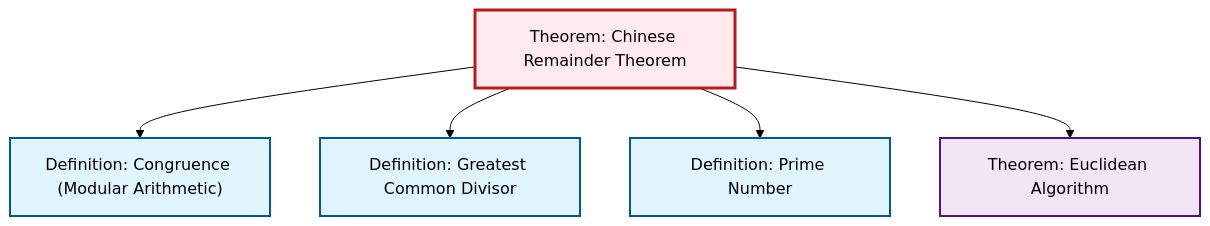
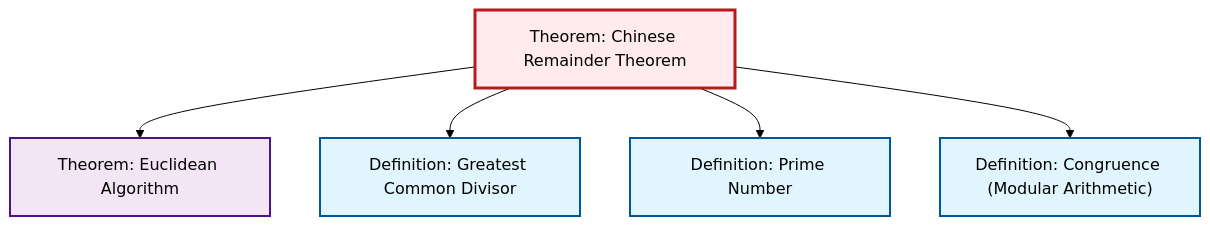
The diagram in content/en/number-theory/thm-chinese-remainder.qmd (RK0429/ModernMath), drawn with Mermaid (forest theme) before and after one commit. The commit also changed other lines of this file and 360 other files, not shown here.

````diff
--- a/content/en/number-theory/thm-chinese-remainder.qmd
+++ b/content/en/number-theory/thm-chinese-remainder.qmd
@@ -87,23 +87,23 @@
 ```{mermaid}
 %%| fig-cap: "Local dependency graph"
 graph TD
     classDef definition fill:#e1f5fe,stroke:#01579b,stroke-width:2px
     classDef theorem fill:#f3e5f5,stroke:#4a148c,stroke-width:2px
     classDef axiom fill:#fff3e0,stroke:#e65100,stroke-width:2px
     classDef example fill:#e8f5e9,stroke:#1b5e20,stroke-width:2px
     classDef current fill:#ffebee,stroke:#b71c1c,stroke-width:3px
+    thm-chinese-remainder["Theorem: Chinese Remainder Theorem"]:::theorem
+    def-prime["Definition: Prime Number"]:::definition
+    def-congruence["Definition: Congruence (Modular Arithmetic)"]:::definition
+    thm-euclidean-algorithm["Theorem: Euclidean Algorithm"]:::theorem
     def-gcd["Definition: Greatest Common Divisor"]:::definition
-    thm-euclidean-algorithm["Theorem: Euclidean Algorithm"]:::theorem
-    def-prime["Definition: Prime Number"]:::definition
-    thm-chinese-remainder["Theorem: Chinese Remainder Theorem"]:::theorem
-    def-congruence["Definition: Congruence (Modular Arithmetic)"]:::definition
-    thm-chinese-remainder --> def-congruence
+    thm-chinese-remainder --> thm-euclidean-algorithm
     thm-chinese-remainder --> def-gcd
     thm-chinese-remainder --> def-prime
-    thm-chinese-remainder --> thm-euclidean-algorithm
+    thm-chinese-remainder --> def-congruence
     class thm-chinese-remainder current
-    click def-gcd "def-gcd.html" "Go to Greatest Common Divisor definition"
-    click thm-euclidean-algorithm "thm-euclidean-algorithm.html" "Go to Euclidean Algorithm theorem"
     click def-prime "def-prime.html" "Go to Prime Number definition"
     click def-congruence "def-congruence.html" "Go to Congruence (Modular Arithmetic) definition"
+    click thm-euclidean-algorithm "thm-euclidean-algorithm.html" "Go to Euclidean Algorithm theorem"
+    click def-gcd "def-gcd.html" "Go to Greatest Common Divisor definition"
 ```
````
